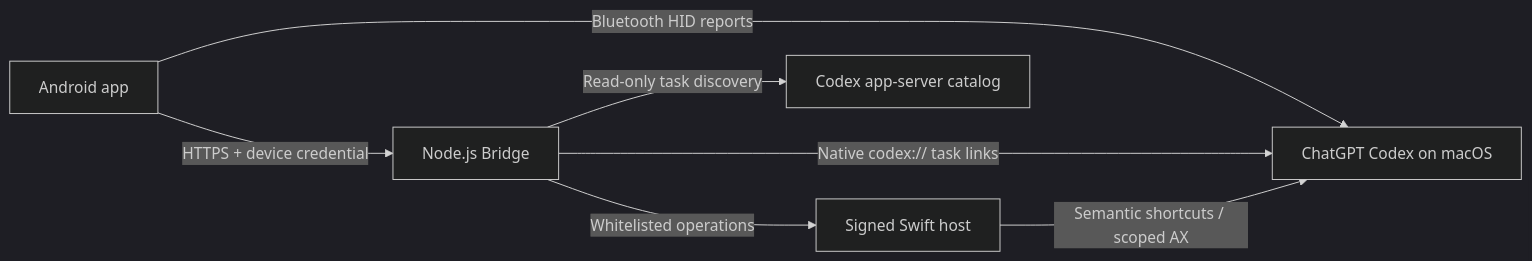
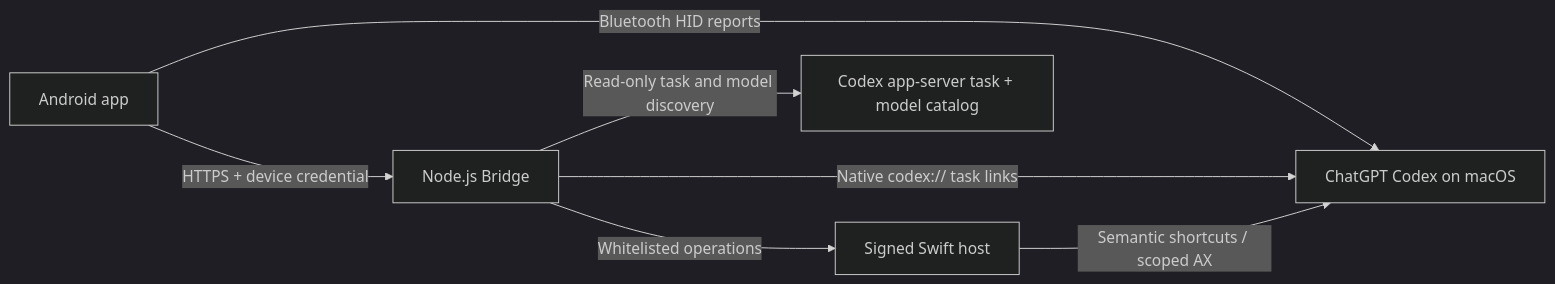
Before and after one commit to mtics/Vibe-Pocket: the diagram in README.md, drawn with Mermaid (dark theme). The commit also changed other lines of this file and 1 other file, not shown here.

Commit message:
docs: describe native model and input controls

````diff
--- a/README.md
+++ b/README.md
@@ -44,15 +47,15 @@
 ```mermaid
 flowchart LR
     phone["Android app"]
     bridge["Node.js Bridge"]
     host["Signed Swift host"]
-    catalog["Codex app-server catalog"]
+    catalog["Codex app-server task + model catalog"]
     desktop["ChatGPT Codex on macOS"]
 
     phone -->|"Bluetooth HID reports"| desktop
     phone -->|"HTTPS + device credential"| bridge
-    bridge -->|"Read-only task discovery"| catalog
+    bridge -->|"Read-only task and model discovery"| catalog
     bridge -->|"Native codex:// task links"| desktop
     bridge -->|"Whitelisted operations"| host
     host -->|"Semantic shortcuts / scoped AX"| desktop
 ```
````
